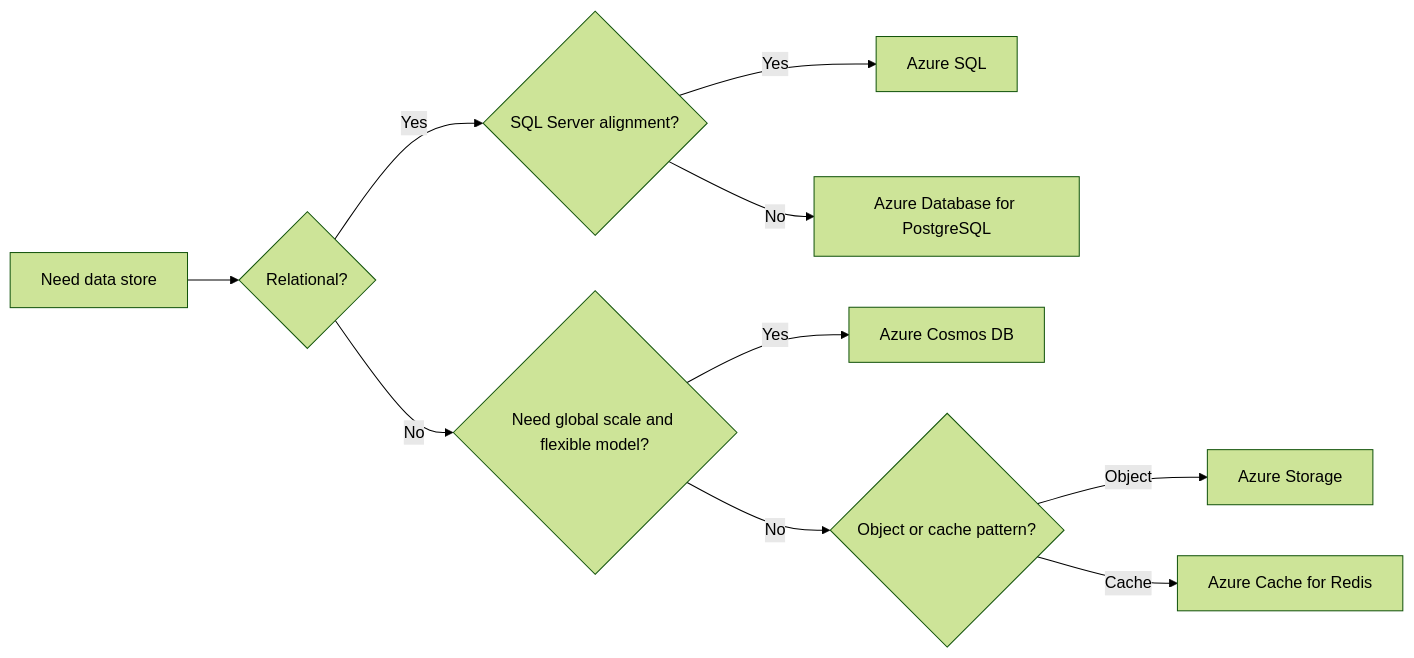
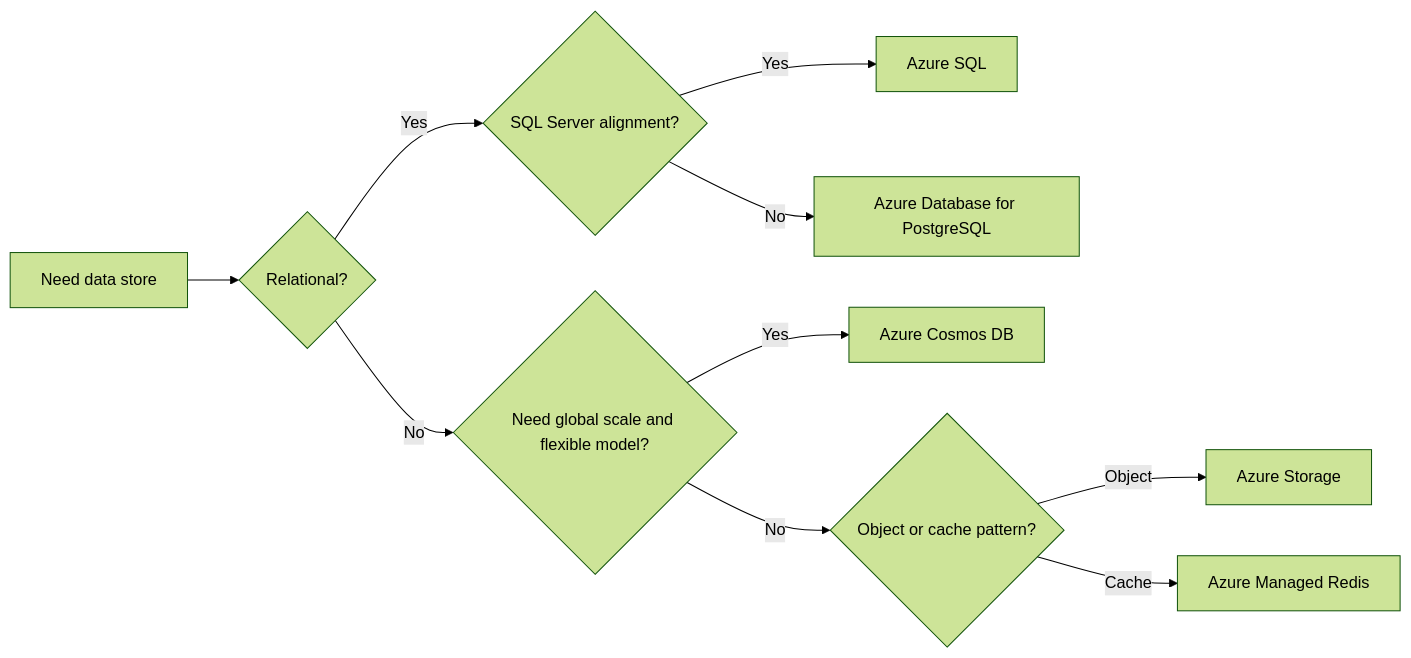
The diagram in docs/reference/data-selection-cheatsheet.md (yeongseon/azure-architecture-practical-guide), drawn with Mermaid (forest theme) before and after one commit. The commit also changed other lines of this file and 31 other files, not shown here.

````diff
--- a/docs/reference/data-selection-cheatsheet.md
+++ b/docs/reference/data-selection-cheatsheet.md
@@ -30,12 +32,12 @@
 ```mermaid
 flowchart LR
     A[Need data store] --> B{Relational?}
     B -->|Yes| C{SQL Server alignment?}
     C -->|Yes| D[Azure SQL]
     C -->|No| E[Azure Database for PostgreSQL]
     B -->|No| F{Need global scale and flexible model?}
     F -->|Yes| G[Azure Cosmos DB]
     F -->|No| H{Object or cache pattern?}
     H -->|Object| I[Azure Storage]
-    H -->|Cache| J[Azure Cache for Redis]
+    H -->|Cache| J[Azure Managed Redis]
 ```
````
